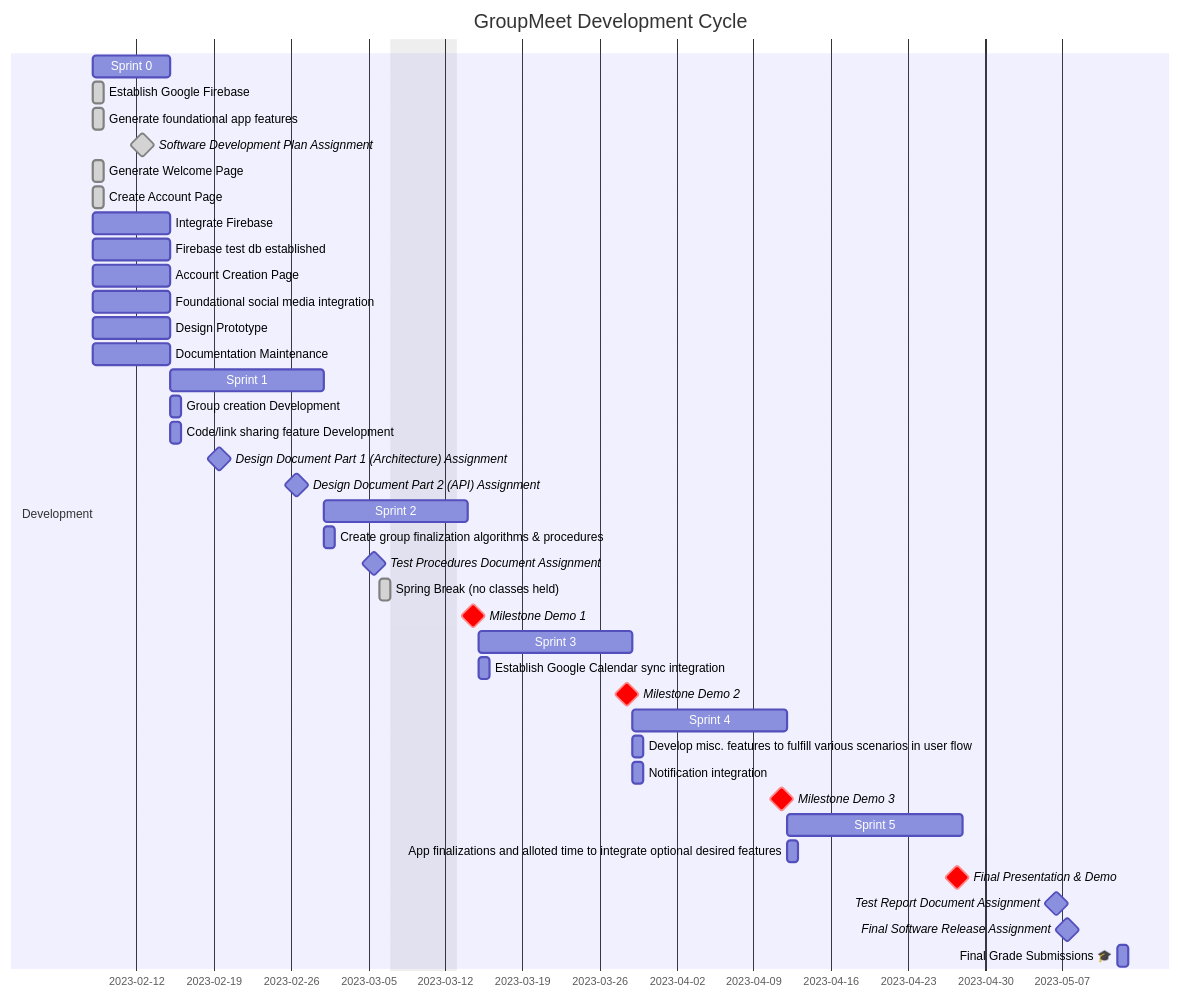
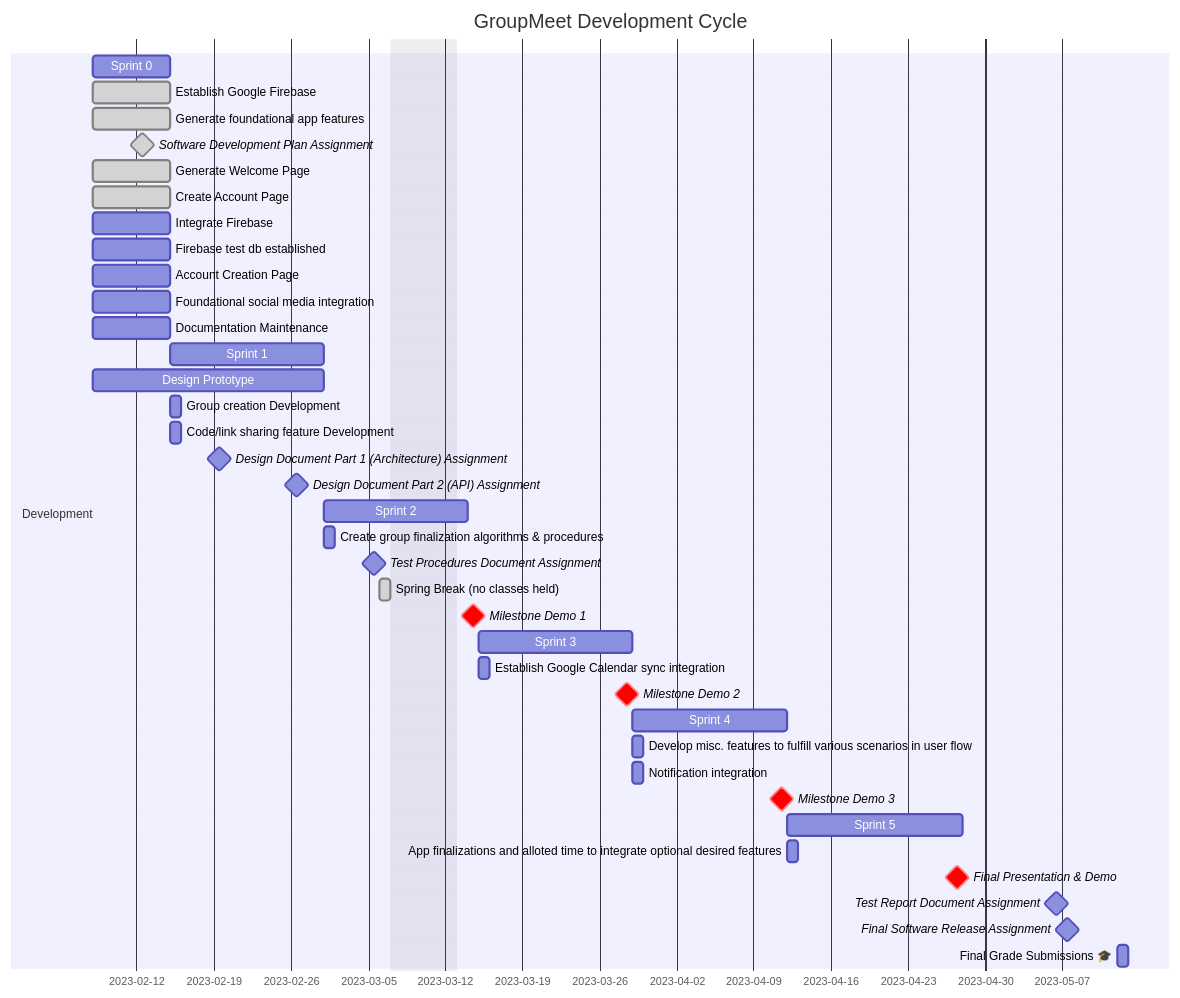
One commit to Capstone-Projects-2023-Spring/project-groupmeet changed the diagram in documentation/docs/development-plan/schedule.md. Above: the diagram before and after it, drawn with Mermaid. The commit also changed other lines of this file, not shown here.

````diff
--- a/documentation/docs/development-plan/schedule.md
+++ b/documentation/docs/development-plan/schedule.md
@@ -7,77 +7,77 @@
 ```mermaid
 gantt
     title GroupMeet Development Cycle
     dateFormat  YYYY-MM-DD
     excludes 2023-03-07 2023-03-08 2023-03-09 2023-03-10 2023-03-11 2023-03-12
         section Development 
          Sprint 0: , 2023-02-08, 1w
         section Development 
-         Establish Google Firebase:  done, 2023-02-08, 1d
+         Establish Google Firebase:  done, 2023-02-08, 1w
         section Development 
-         Generate foundational app features:  done, 2023-02-08, 1d
+         Generate foundational app features:  done, 2023-02-08, 1w
         section Development 
          Software Development Plan Assignment: milestone, done, 2023-02-12, 1d
         section Development 
-         Generate Welcome Page:  done, 2023-02-08, 1d
+         Generate Welcome Page:  done, 2023-02-08, 1w
         section Development 
-         Create Account Page:  done, 2023-02-08, 1d
+         Create Account Page:  done, 2023-02-08, 1w
         section Development 
          Integrate Firebase:  , 2023-02-08, 1w
         section Development 
          Firebase test db established:  , 2023-02-08, 1w
         section Development 
          Account Creation Page:  , 2023-02-08, 1w
         section Development 
          Foundational social media integration:  , 2023-02-08, 1w
         section Development 
-         Design Prototype:  , 2023-02-08, 1w
-        section Development 
          Documentation Maintenance:  , 2023-02-08, 1w
         section Development 
          Sprint 1: , 2023-02-15, 2w
+        section Development 
+         Design Prototype:  , 2023-02-08, 3w
         section Development 
          Group creation Development:  , 2023-02-15, 1d
         section Development 
          Code/link sharing feature Development:  , 2023-02-15, 1d
         section Development 
          Design Document Part 1 (Architecture) Assignment: milestone, , 2023-02-19, 1d
         section Development 
          Design Document Part 2 (API) Assignment: milestone, , 2023-02-26, 1d
         section Development 
          Sprint 2: , 2023-03-01, 1w
         section Development 
          Create group finalization algorithms & procedures:  , 2023-03-01, 1d
         section Development 
          Test Procedures Document Assignment: milestone, , 2023-03-05, 1d
         section Development 
          Spring Break (no classes held): done, 2023-03-06, 1d
         section Development 
          Milestone Demo 1 :crit, milestone,  , 2023-03-14, 1d
         section Development 
          Sprint 3: , 2023-03-15, 2w
         section Development 
          Establish Google Calendar sync integration:  , 2023-03-15, 1d
         section Development 
          Milestone Demo 2 :crit, milestone,  , 2023-03-28, 1d
         section Development 
          Sprint 4: , 2023-03-29, 2w
         section Development 
          Develop misc. features to fulfill various scenarios in user flow:  , 2023-03-29, 1d
         section Development 
          Notification integration:  , 2023-03-29, 1d
         section Development 
          Milestone Demo 3 :crit, milestone,  , 2023-04-11, 1d
         section Development 
          Sprint 5: , 2023-04-12, 16d
         section Development 
          App finalizations and alloted time to integrate optional desired features:  , 2023-04-12, 1d
         section Development 
          Final Presentation & Demo :crit, milestone,  , 2023-04-27, 1d
         section Development 
          Test Report Document Assignment: milestone, , 2023-05-06, 1d
         section Development 
          Final Software Release Assignment: milestone, , 2023-05-07, 1d
         section Development 
          Final Grade Submissions 🎓 :  , 2023-05-12, 1d
         
 ```
````
